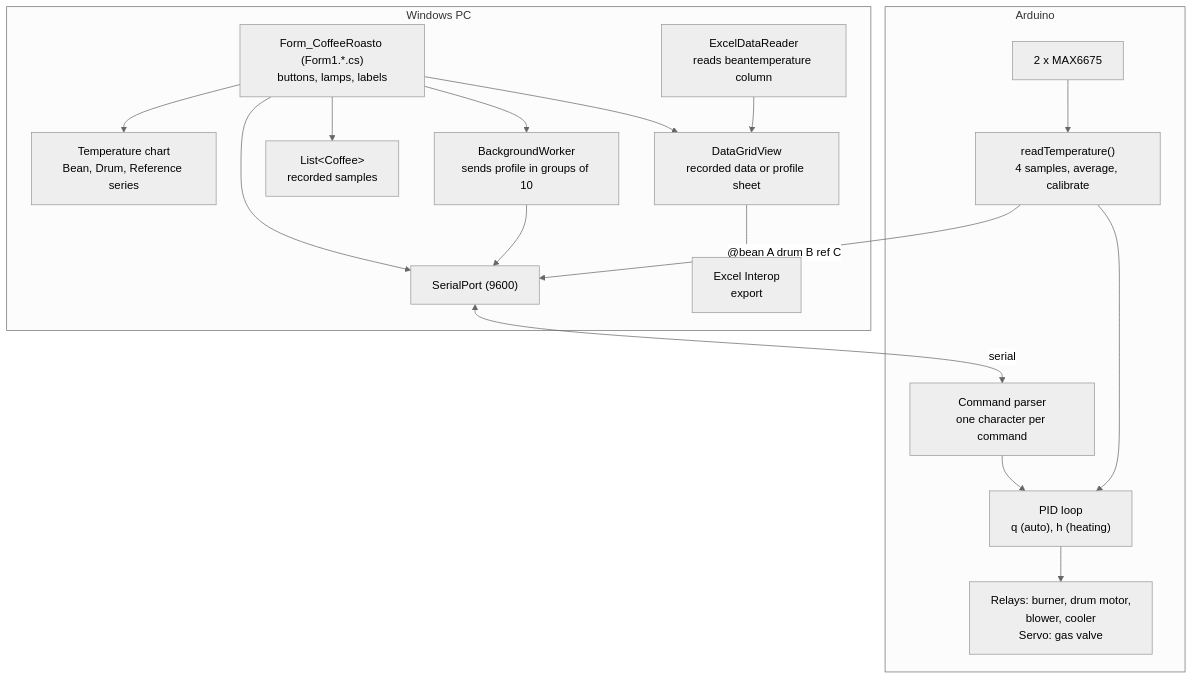
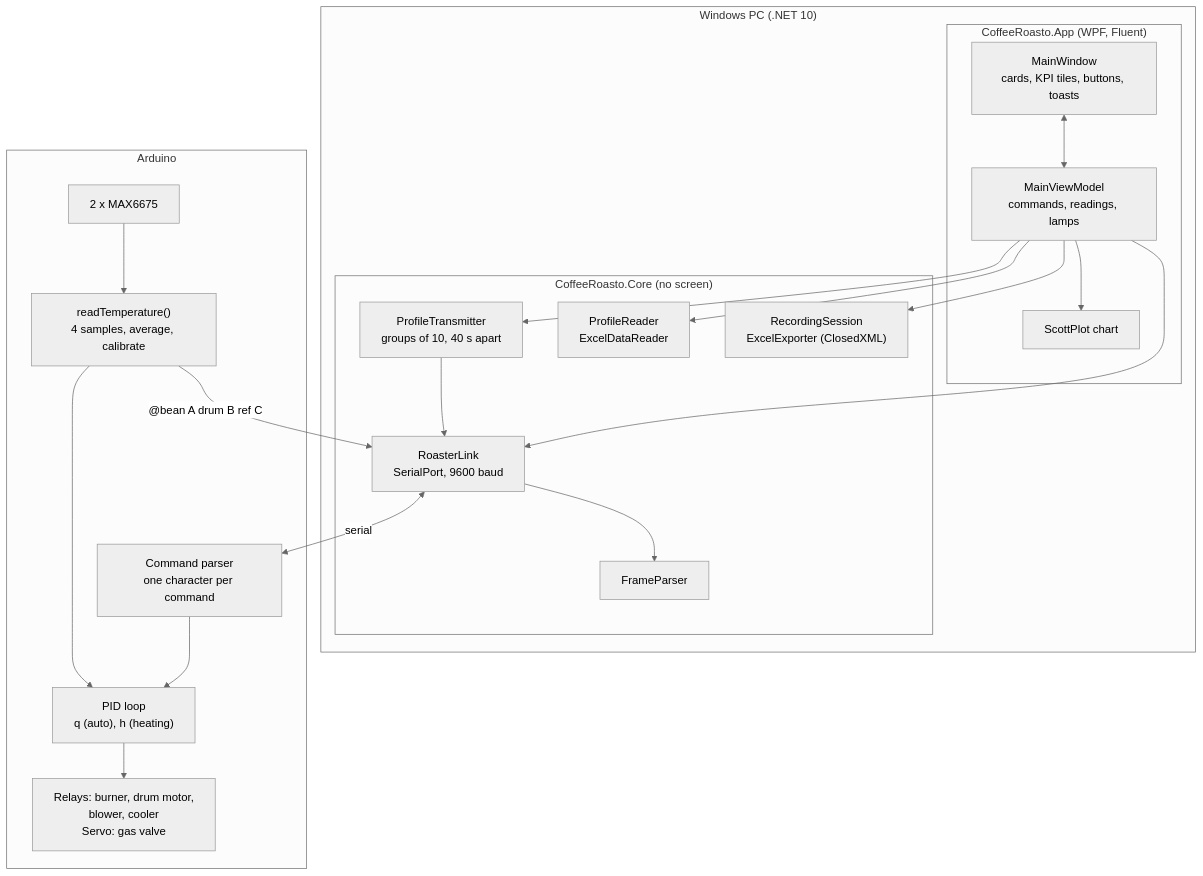
The diagram in docs/en/diagrams/components.mmd (ridhwanhabib18/capstone-coffee-roasto), drawn with Mermaid (neutral theme) before and after one commit. The commit also changed 107 other files, not shown here.

First line of the commit message:
feat: Coffee Roasto v2.0 on .NET 10 with a Fluent WPF app

```diff
--- a/docs/en/diagrams/components.mmd
+++ b/docs/en/diagrams/components.mmd
@@ -1,34 +1,38 @@
 flowchart TB
-  subgraph pc["Windows PC"]
-    form["Form_CoffeeRoasto (Form1.*.cs)<br/>buttons, lamps, labels"]
-    chart["Temperature chart<br/>Bean, Drum, Reference series"]
-    grid["DataGridView<br/>recorded data or profile sheet"]
-    list["List&lt;Coffee&gt;<br/>recorded samples"]
-    bw["BackgroundWorker<br/>sends profile in groups of 10"]
-    port["SerialPort (9600)"]
-    xlsread["ExcelDataReader<br/>reads beantemperature column"]
-    xlswrite["Excel Interop<br/>export"]
+  subgraph pc["Windows PC (.NET 10)"]
+    subgraph app["CoffeeRoasto.App (WPF, Fluent)"]
+      window["MainWindow<br/>cards, KPI tiles, buttons, toasts"]
+      plot["ScottPlot chart"]
+      vm["MainViewModel<br/>commands, readings, lamps"]
+    end
+    subgraph core["CoffeeRoasto.Core (no screen)"]
+      link["RoasterLink<br/>SerialPort, 9600 baud"]
+      parser["FrameParser"]
+      transmitter["ProfileTransmitter<br/>groups of 10, 40 s apart"]
+      reader["ProfileReader<br/>ExcelDataReader"]
+      recording["RecordingSession<br/>ExcelExporter (ClosedXML)"]
+    end
   end
 
   subgraph board["Arduino"]
-    parser["Command parser<br/>one character per command"]
+    cmd["Command parser<br/>one character per command"]
     sampler["readTemperature()<br/>4 samples, average, calibrate"]
     pid["PID loop<br/>q (auto), h (heating)"]
     outputs["Relays: burner, drum motor,<br/>blower, cooler<br/>Servo: gas valve"]
     max["2 x MAX6675"]
   end
 
-  form --> chart
-  form --> grid
-  form --> list
-  form --> bw
-  form --> port
-  xlsread --> grid
-  grid --> xlswrite
-  bw --> port
-  port <-->|serial| parser
-  parser --> pid
+  window <--> vm
+  vm --> plot
+  vm --> link
+  vm --> transmitter
+  vm --> reader
+  vm --> recording
+  link --> parser
+  transmitter --> link
+  link <-->|serial| cmd
+  cmd --> pid
   max --> sampler
   sampler --> pid
   pid --> outputs
-  sampler -->|"@bean A drum B ref C"| port
+  sampler -->|"@bean A drum B ref C"| link
```
